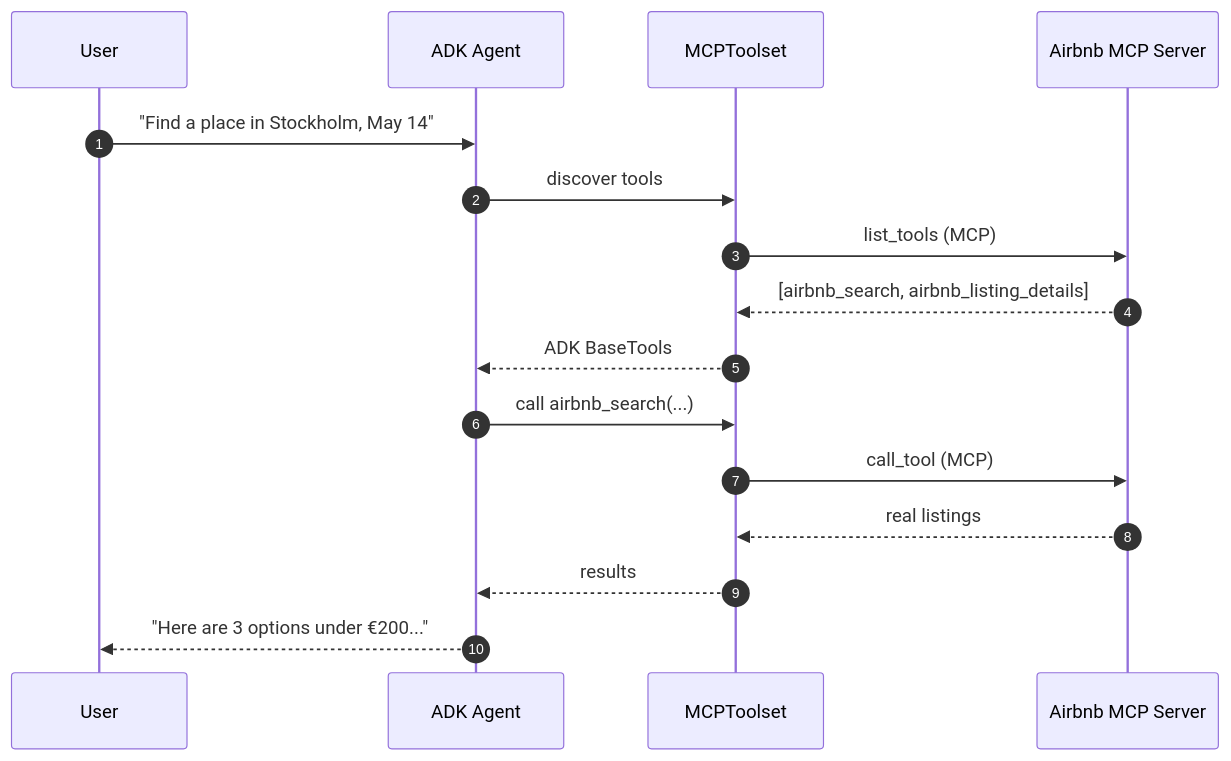
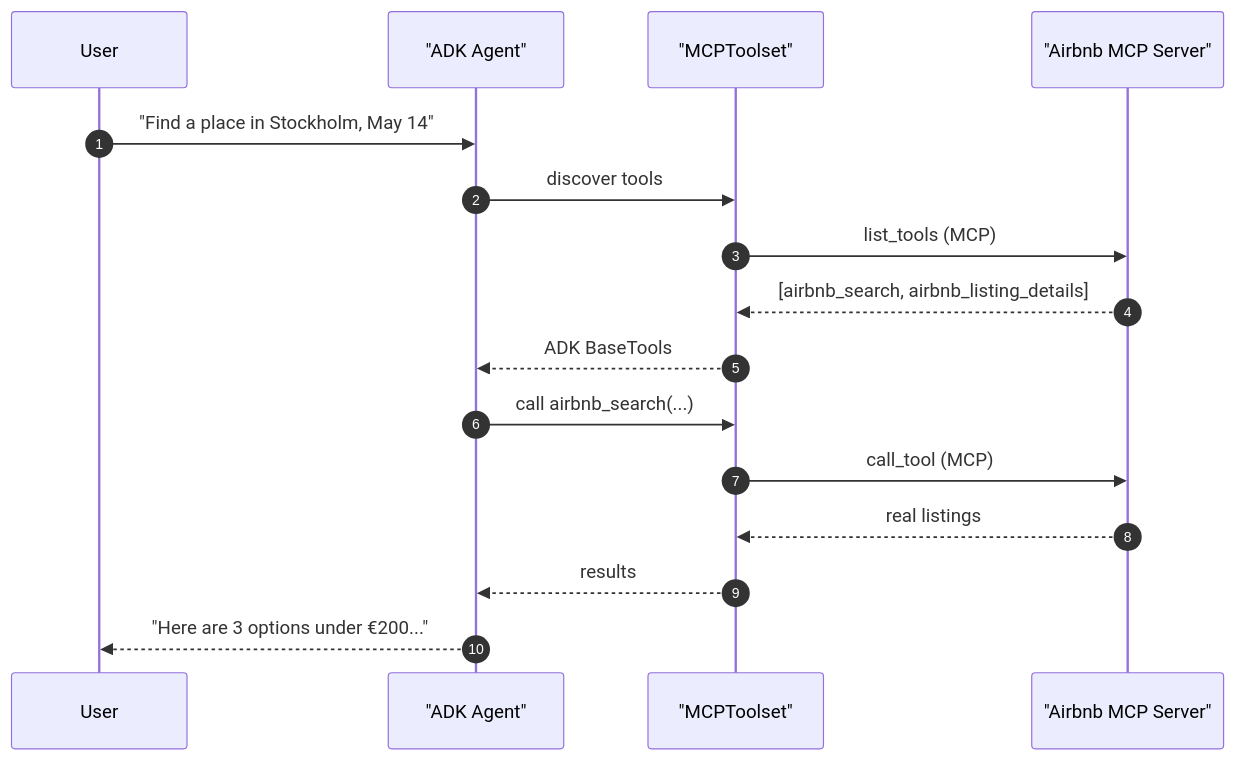
One commit to AhsanAyaz/slides changed the fourth of 5 diagrams in talks/from-zero-to-travel-agent/refence.md. Above: the diagram before and after it, drawn with Mermaid. The commit also changed other lines of this file and 79 other files, not shown here.

````diff
--- a/talks/from-zero-to-travel-agent/refence.md
+++ b/talks/from-zero-to-travel-agent/refence.md
@@ -479,19 +477,19 @@
 ```mermaid
 sequenceDiagram
     autonumber
     participant U as User
-    participant A as ADK Agent
-    participant M as MCPToolset
-    participant S as Airbnb MCP Server
+    participant A as "ADK Agent"
+    participant M as "MCPToolset"
+    participant S as "Airbnb MCP Server"
 
     U->>A: "Find a place in Stockholm, May 14"
     A->>M: discover tools
     M->>S: list_tools (MCP)
     S-->>M: [airbnb_search, airbnb_listing_details]
     M-->>A: ADK BaseTools
     A->>M: call airbnb_search(...)
     M->>S: call_tool (MCP)
     S-->>M: real listings
     M-->>A: results
     A-->>U: "Here are 3 options under €200..."
 ```
````
